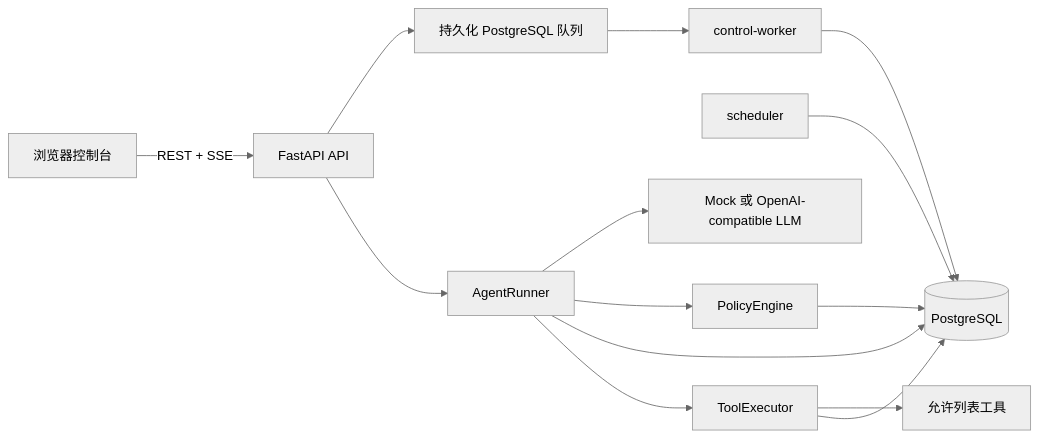
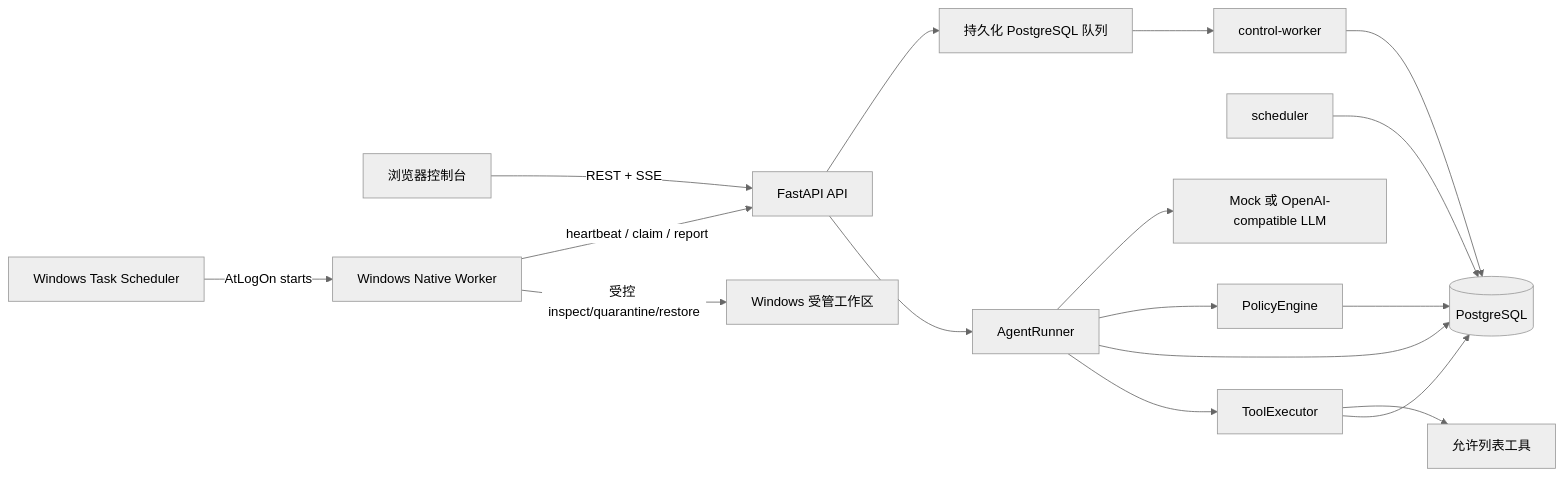
One commit to Caser-86/agentgate-control-plane changed the first of 4 diagrams in docs/architecture.md. Above: the diagram before and after it, drawn with Mermaid (neutral theme). The commit also changed other lines of this file and 76 other files, not shown here.

````diff
--- a/docs/architecture.md
+++ b/docs/architecture.md
@@ -7,27 +7,30 @@
 ```mermaid
 flowchart LR
     Browser[浏览器控制台]
     API[FastAPI API]
     Runner[AgentRunner]
     Policy[PolicyEngine]
     DB[(PostgreSQL)]
     Scheduler[scheduler]
     ControlWorker[control-worker]
     Executor[ToolExecutor]
     Tools[允许列表工具]
     LLM[Mock 或 OpenAI-compatible LLM]
 
     Browser -->|REST + SSE| API
     API --> Queue[持久化 PostgreSQL 队列]
     Queue --> ControlWorker
     API --> Runner
     Runner --> LLM
     Runner --> Policy
     Policy --> DB
     Runner --> DB
     Runner --> Executor
     Executor --> Tools
     Executor --> DB
     Scheduler --> DB
     ControlWorker --> DB
+    NativeWorker[Windows Native Worker] -->|heartbeat / claim / report| API
+    TaskScheduler[Windows Task Scheduler] -->|AtLogOn starts| NativeWorker
+    NativeWorker -->|受控 inspect/quarantine/restore| FileSystem[Windows 受管工作区]
 ```
````
